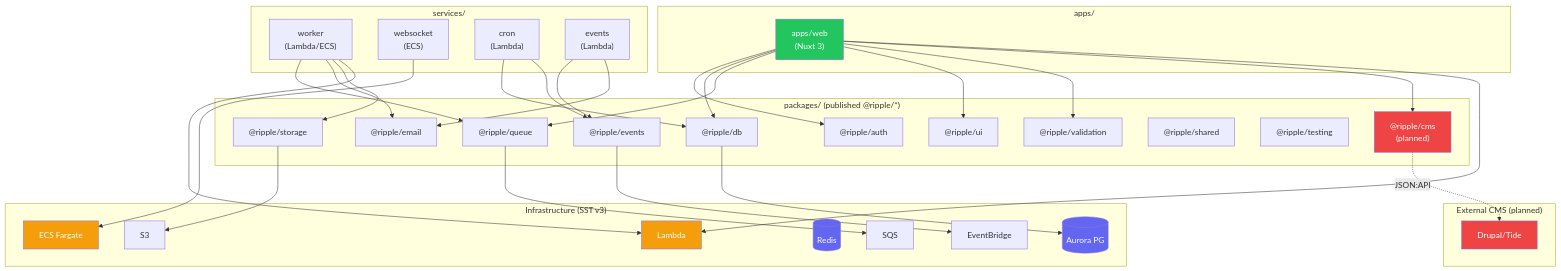
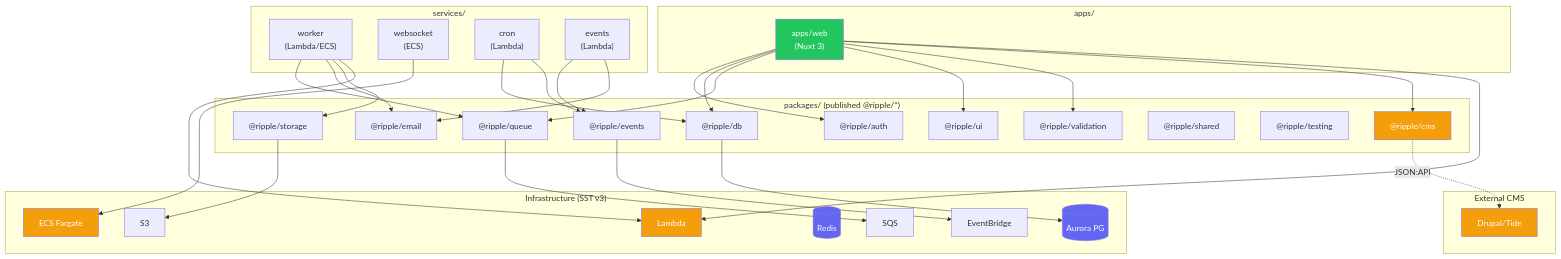
Before and after one commit to jbejenar/ripple-next: the sixth of 10 diagrams in docs/product-roadmap/README.md, drawn with Mermaid. The commit also changed other lines of this file and 9 other files, not shown here.

````diff
--- a/docs/product-roadmap/README.md
+++ b/docs/product-roadmap/README.md
@@ -302,63 +320,63 @@
 ```mermaid
 graph TD
     subgraph "apps/"
         WEB["apps/web<br/>(Nuxt 3)"]
     end
 
     subgraph "packages/ (published @ripple/*)"
         AUTH["@ripple/auth"]
         DB["@ripple/db"]
         QUEUE["@ripple/queue"]
         STORAGE["@ripple/storage"]
         EMAIL["@ripple/email"]
         EVENTS["@ripple/events"]
         UI["@ripple/ui"]
         VAL["@ripple/validation"]
         SHARED["@ripple/shared"]
         TESTING["@ripple/testing"]
-        CMS["@ripple/cms<br/>(planned)"]
+        CMS["@ripple/cms"]
     end
 
-    subgraph "External CMS (planned)"
+    subgraph "External CMS"
         DRUPAL["Drupal/Tide"]
     end
 
     subgraph "services/"
         WORKER["worker<br/>(Lambda/ECS)"]
         WS["websocket<br/>(ECS)"]
         CRON["cron<br/>(Lambda)"]
         EVH["events<br/>(Lambda)"]
     end
 
     subgraph "Infrastructure (SST v3)"
         LAMBDA[Lambda]
         ECS[ECS Fargate]
         AURORA[(Aurora PG)]
         REDIS[(Redis)]
         SQS[SQS]
         S3[S3]
         EB[EventBridge]
     end
 
     WEB --> AUTH & DB & QUEUE & UI & VAL & CMS
     WORKER --> QUEUE & EMAIL & STORAGE
     CRON --> DB & EVENTS
     EVH --> EVENTS & EMAIL
     CMS -.->|JSON:API| DRUPAL
 
     DB --> AURORA
     QUEUE --> SQS
     STORAGE --> S3
     EVENTS --> EB
     WEB --> LAMBDA
     WORKER --> LAMBDA
     WS --> ECS
 
     style WEB fill:#22c55e,color:#fff
     style LAMBDA fill:#f59e0b,color:#fff
     style ECS fill:#f59e0b,color:#fff
     style AURORA fill:#6366f1,color:#fff
     style REDIS fill:#6366f1,color:#fff
-    style CMS fill:#ef4444,color:#fff
-    style DRUPAL fill:#ef4444,color:#fff
+    style CMS fill:#f59e0b,color:#fff
+    style DRUPAL fill:#f59e0b,color:#fff
 ```
````
